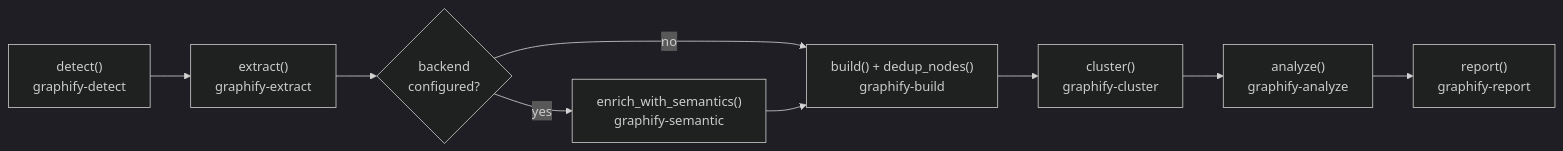
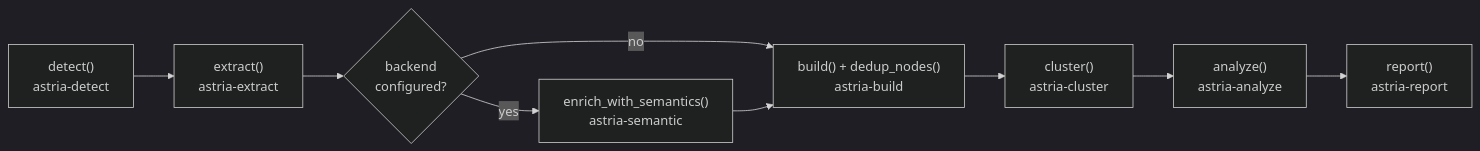
Before and after one commit to Nodesify/astria: the diagram in website/docs/explanation/architecture.md, drawn with Mermaid (dark theme). The commit also changed other lines of this file and 42 other files, not shown here.

First line of the commit message:
fix(extract): make full-source extraction id-safe; dogfood astria on this repo

````diff
--- a/website/docs/explanation/architecture.md
+++ b/website/docs/explanation/architecture.md
@@ -20,11 +20,11 @@
 ```mermaid
 flowchart LR
-    A["detect()<br/>graphify-detect"] --> B["extract()<br/>graphify-extract"]
+    A["detect()<br/>astria-detect"] --> B["extract()<br/>astria-extract"]
     B --> C{"backend<br/>configured?"}
-    C -->|yes| D["enrich_with_semantics()<br/>graphify-semantic"]
+    C -->|yes| D["enrich_with_semantics()<br/>astria-semantic"]
     C -->|no| E
-    D --> E["build() + dedup_nodes()<br/>graphify-build"]
-    E --> F["cluster()<br/>graphify-cluster"]
-    F --> G["analyze()<br/>graphify-analyze"]
-    G --> H["report()<br/>graphify-report"]
+    D --> E["build() + dedup_nodes()<br/>astria-build"]
+    E --> F["cluster()<br/>astria-cluster"]
+    F --> G["analyze()<br/>astria-analyze"]
+    G --> H["report()<br/>astria-report"]
 ```
````
